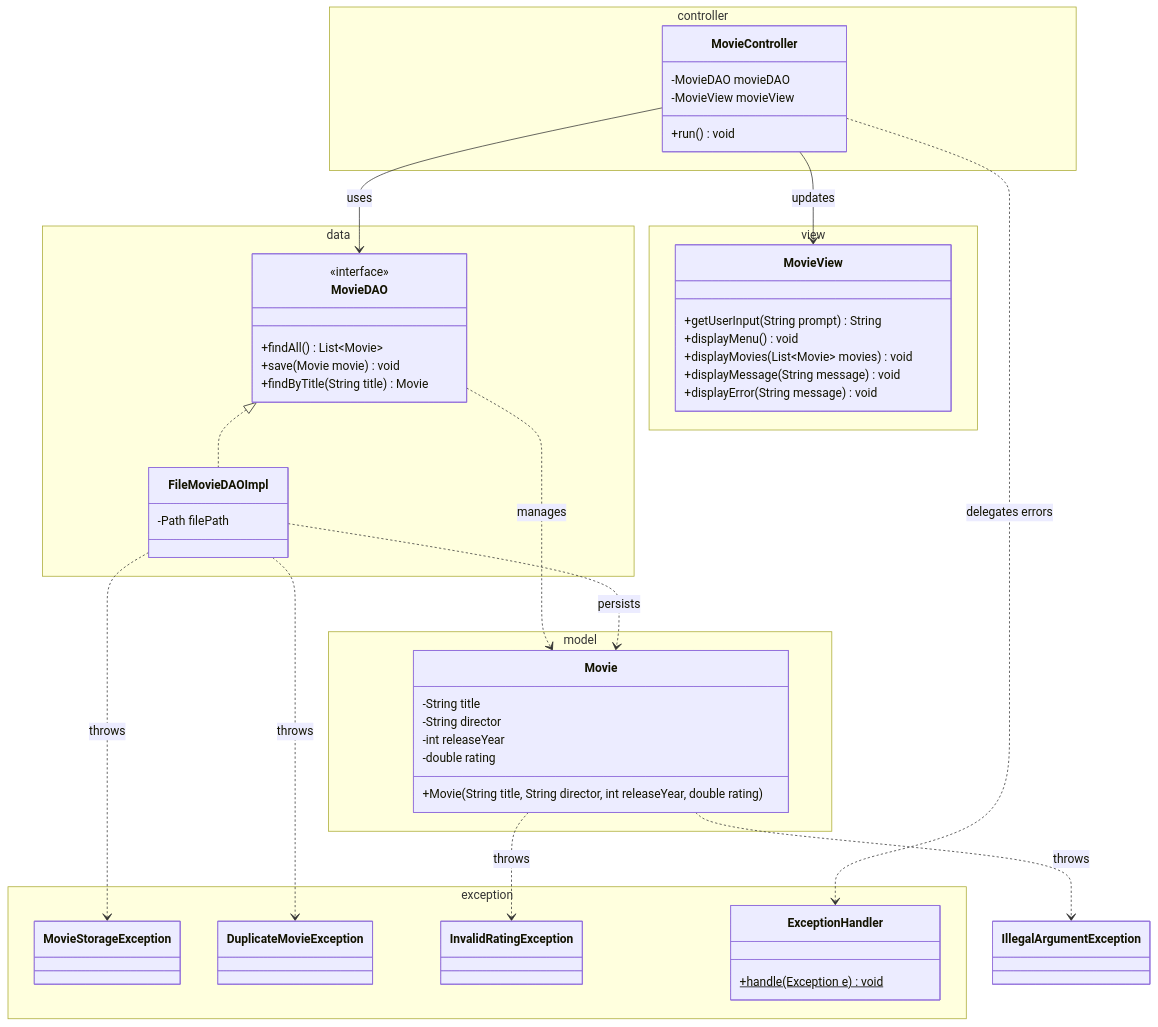
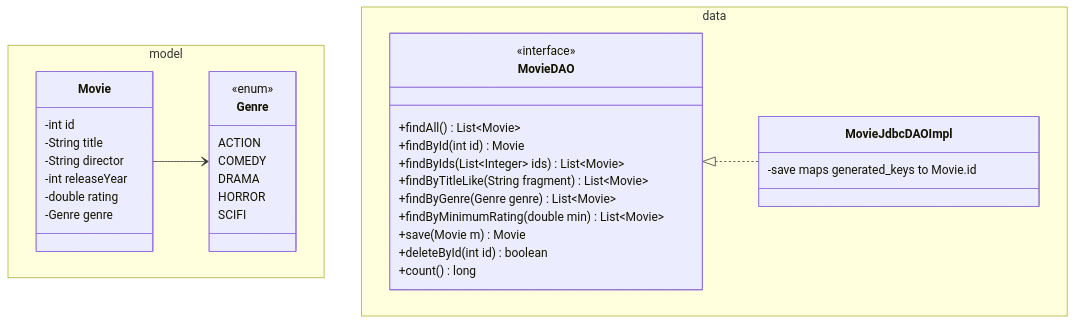
One commit to ihabau/Lexicon_WS_Exception changed the second of 2 diagrams in Workshop_8_Movie_Collection.md. Above: the diagram before and after it, drawn with Mermaid. The commit also changed other lines of this file and 1 other file, not shown here.

Commit message:
Docs: step 8 worksheet (Movie Collection) - full JDBC CRUD, generated keys, flowcharts, 5 hints

````diff
--- a/Workshop_8_Movie_Collection.md
+++ b/Workshop_8_Movie_Collection.md
@@ -39,64 +80,42 @@
 ```mermaid
 classDiagram
     namespace model {
+        class Genre {
+            <<enum>>
+            ACTION
+            COMEDY
+            DRAMA
+            HORROR
+            SCIFI
+        }
         class Movie {
+            -int id
             -String title
             -String director
             -int releaseYear
             -double rating
-            +Movie(String title, String director, int releaseYear, double rating)
+            -Genre genre
         }
     }
 
     namespace data {
         class MovieDAO {
             <<interface>>
             +findAll() List~Movie~
-            +save(Movie movie) void
-            +findByTitle(String title) Movie
+            +findById(int id) Movie
+            +findByIds(List~Integer~ ids) List~Movie~
+            +findByTitleLike(String fragment) List~Movie~
+            +findByGenre(Genre genre) List~Movie~
+            +findByMinimumRating(double min) List~Movie~
+            +save(Movie m) Movie
+            +deleteById(int id) boolean
+            +count() long
         }
-        class FileMovieDAOImpl {
-            -Path filePath
+        class MovieJdbcDAOImpl {
+            -save maps generated_keys to Movie.id
         }
     }
 
-    namespace view {
-        class MovieView {
-            +getUserInput(String prompt) String
-            +displayMenu() void
-            +displayMovies(List~Movie~ movies) void
-            +displayMessage(String message) void
-            +displayError(String message) void
-        }
-    }
-
-    namespace controller {
-        class MovieController {
-            -MovieDAO movieDAO
-            -MovieView movieView
-            +run() void
-        }
-    }
-
-    namespace exception {
-        class MovieStorageException { }
-        class DuplicateMovieException { }
-        class InvalidRatingException { }
-        class ExceptionHandler {
-            +handle(Exception e)$ void
-        }
-    }
-
-    MovieDAO <|.. FileMovieDAOImpl
-    MovieController --> MovieDAO : uses
-    MovieController --> MovieView : updates
-    MovieController ..> ExceptionHandler : delegates errors
-
-    MovieDAO ..> Movie : manages
-    FileMovieDAOImpl ..> Movie : persists
-
-    Movie ..> IllegalArgumentException : throws
-    Movie ..> InvalidRatingException : throws
-    FileMovieDAOImpl ..> MovieStorageException : throws
-    FileMovieDAOImpl ..> DuplicateMovieException : throws
+    Movie --> Genre
+    MovieDAO <|.. MovieJdbcDAOImpl
 ```
````
